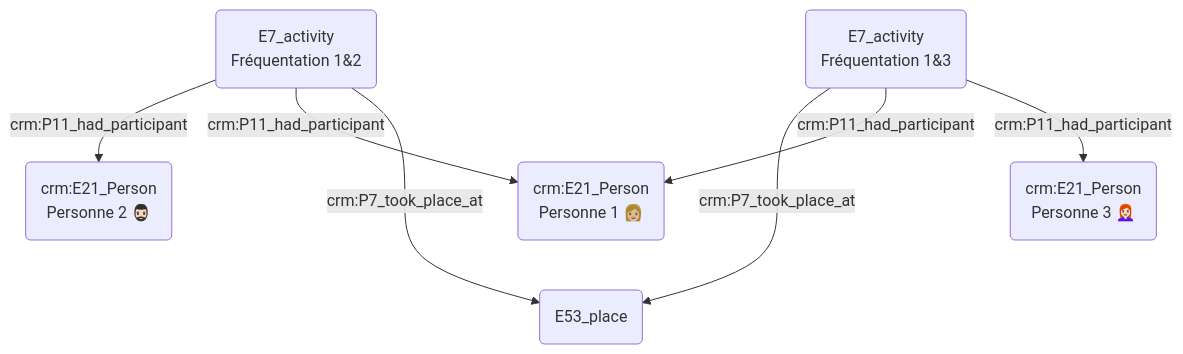
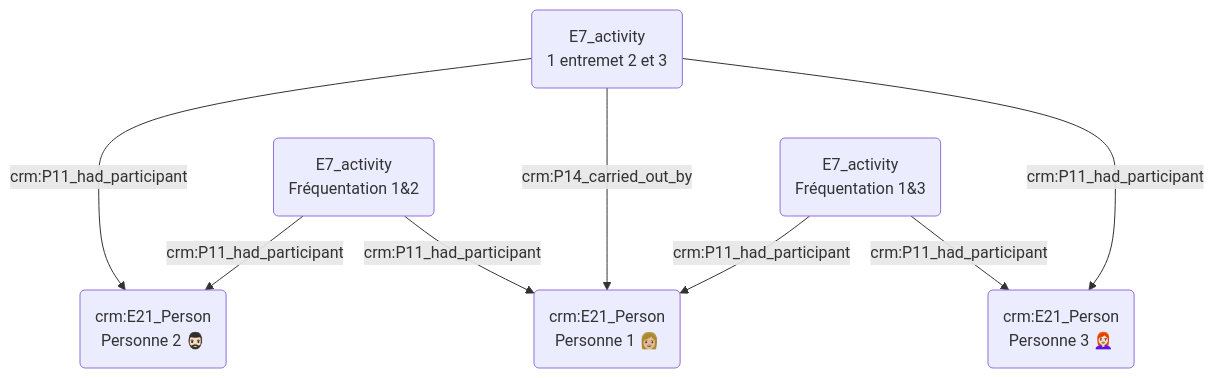
Before and after one commit to Amleth/consortium-musica2-gt2-ontologies: the diagram in modules/livrables/Dossier 2/Prosopographie/rencontre de quelqu'un par le biais d'une tierce personne au sein d'un même lieu.md, drawn with Mermaid.

Commit message:
Update rencontre de quelqu'un par le biais d'une tierce personne au sein d'un même lieu.md

````diff
--- a/modules/livrables/Dossier 2/Prosopographie/rencontre de quelqu'un par le biais d'une tierce personne au sein d'un même lieu.md
+++ b/modules/livrables/Dossier 2/Prosopographie/rencontre de quelqu'un par le biais d'une tierce personne au sein d'un même lieu.md
@@ -13,18 +13,24 @@
 ```mermaid
 graph TD;
 
-D(E7_activity<br>Fréquentation 1&3) --->|crm:P7_took_place_at| M(E53_place)
 
 
+O(E7_activity<br>1 entremet 2 et 3) --->|crm:P11_had_participant| C("crm:E21_Person<br>Personne 2 🧔🏻‍♂️")
 B(E7_activity<br>Fréquentation 1&2) -->|crm:P11_had_participant| C("crm:E21_Person<br>Personne 2 🧔🏻‍♂️")
 B(E7_activity<br>Fréquentation 1&2) -->|crm:P11_had_participant| A("crm:E21_Person<br>Personne 1 👩🏼")
 
 
+O(E7_activity<br>1 entremet 2 et 3) --->|crm:P14_carried_out_by| A("crm:E21_Person<br>Personne 1 👩🏼")
+D(E7_activity<br>Fréquentation 1&3) -->|crm:P11_had_participant| E("crm:E21_Person<br>Personne 3 👩🏻‍🦰")
+O(E7_activity<br>1 entremet 2 et 3) --->|crm:P11_had_participant| E("crm:E21_Person<br>Personne 3 👩🏻‍🦰")
+
+
 
 D(E7_activity<br>Fréquentation 1&3) -->|crm:P11_had_participant| A("crm:E21_Person<br>Personne 1 👩🏼")
-D(E7_activity<br>Fréquentation 1&3) -->|crm:P11_had_participant| E("crm:E21_Person<br>Personne 3 👩🏻‍🦰")
 
-B(E7_activity<br>Fréquentation 1&2) --->|crm:P7_took_place_at| M(E53_place)
+
+
+
 
 
 ```
````
